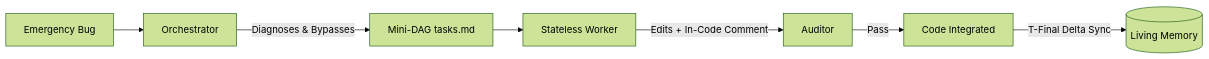
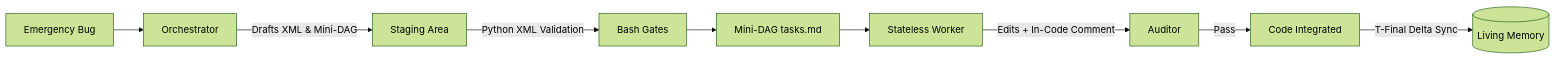
The second of 2 diagrams in README.md (guilhermejorgee/dag-flow), drawn with Mermaid (forest theme) before and after one commit. The commit also changed other lines of this file and 2897 other files, not shown here.

````diff
--- a/README.md
+++ b/README.md
@@ -45,9 +54,11 @@
 ```mermaid
 graph LR
     A[Emergency Bug] --> B[Orchestrator]
-    B -->|Diagnoses & Bypasses| C[Mini-DAG tasks.md]
+    B -->|Drafts XML & Mini-DAG| SA[Staging Area]
+    SA -->|Python XML Validation| BG[Bash Gates]
+    BG --> C[Mini-DAG tasks.md]
     C --> D[Stateless Worker]
     D -->|Edits + In-Code Comment| E[Auditor]
     E -->|Pass| F[Code Integrated]
     F -->|T-Final Delta Sync| G[(Living Memory)]
 ```
````
